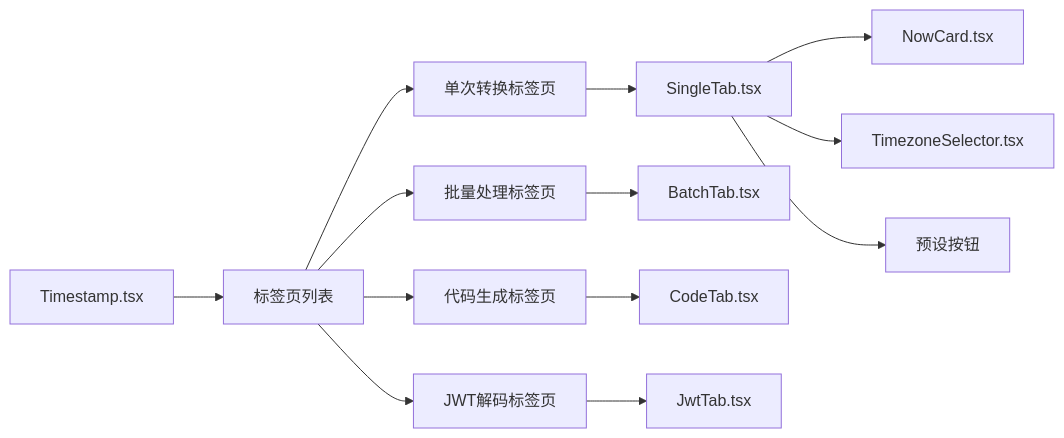
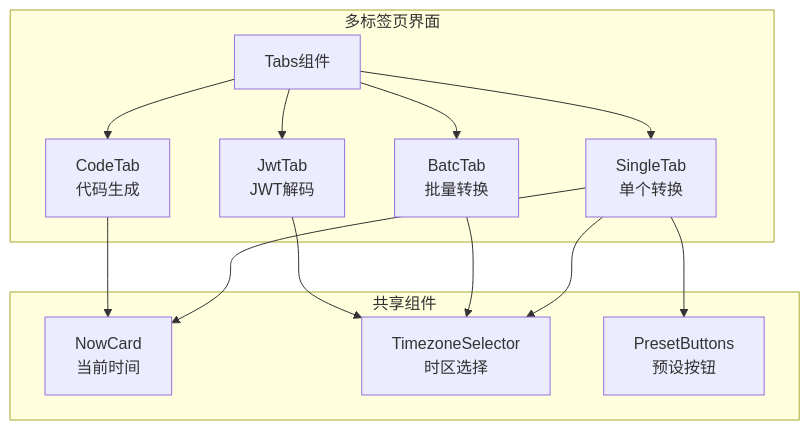
The fifth of 13 diagrams in .qoder/repowiki/zh/content/开发者工具/时间戳工具.md (sgyy/privadeck), drawn with Mermaid before and after one commit. The commit also changed other lines of this file and 48 other files, not shown here.

````diff
--- a/.qoder/repowiki/zh/content/开发者工具/时间戳工具.md
+++ b/.qoder/repowiki/zh/content/开发者工具/时间戳工具.md
@@ -121,15 +280,25 @@
 ```mermaid
-graph LR
-A[Timestamp.tsx] --> B[标签页列表]
-B --> C[单次转换标签页]
-B --> D[批量处理标签页]
-B --> E[代码生成标签页]
-B --> F[JWT解码标签页]
-C --> G[SingleTab.tsx]
-D --> H[BatchTab.tsx]
-E --> I[CodeTab.tsx]
-F --> J[JwtTab.tsx]
-G --> K[NowCard.tsx]
-G --> L[TimezoneSelector.tsx]
-G --> M[预设按钮]
+graph TB
+subgraph "多标签页界面"
+A[Tabs组件]
+B[SingleTab<br/>单个转换]
+C[BatcTab<br/>批量转换]
+D[CodeTab<br/>代码生成]
+E[JwtTab<br/>JWT解码]
+end
+subgraph "共享组件"
+F[NowCard<br/>当前时间]
+G[TimezoneSelector<br/>时区选择]
+H[PresetButtons<br/>预设按钮]
+end
+A --> B
+A --> C
+A --> D
+A --> E
+B --> F
+B --> G
+B --> H
+C --> G
+E --> G
+D --> F
 ```
````
